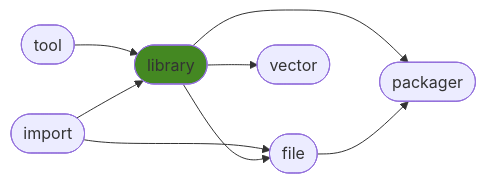
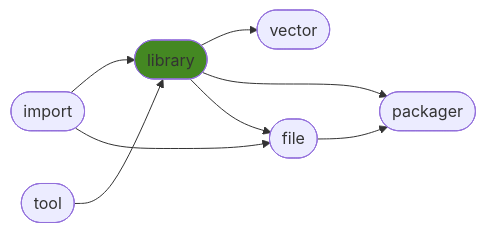
The diagram in README.md (ManderaGeneral/generallibrary), drawn with Mermaid before and after one commit. The commit also changed other lines of this file, not shown here.

````diff
--- a/README.md
+++ b/README.md
@@ -24,17 +24,17 @@
 ```mermaid
 flowchart LR
-2([library]) --> 5([packager])
+3([file]) --> 5([packager])
 1([tool]) --> 2([library])
 2([library]) --> 4([vector])
+0([import]) --> 2([library])
+2([library]) --> 5([packager])
+2([library]) --> 3([file])
 0([import]) --> 3([file])
-2([library]) --> 3([file])
-3([file]) --> 5([packager])
-0([import]) --> 2([library])
 click 0 "https://github.com/ManderaGeneral/generalimport"
 click 1 "https://github.com/ManderaGeneral/generaltool"
 click 2 "https://github.com/ManderaGeneral/generallibrary"
 click 3 "https://github.com/ManderaGeneral/generalfile"
 click 4 "https://github.com/ManderaGeneral/generalvector"
 click 5 "https://github.com/ManderaGeneral/generalpackager"
 style 2 fill:#482
 ```
````
